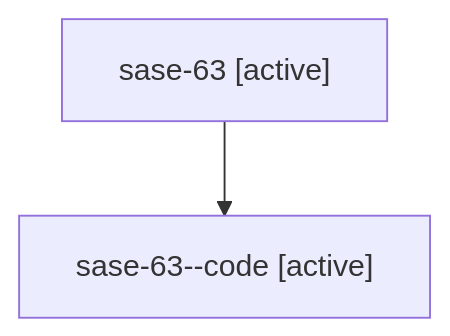
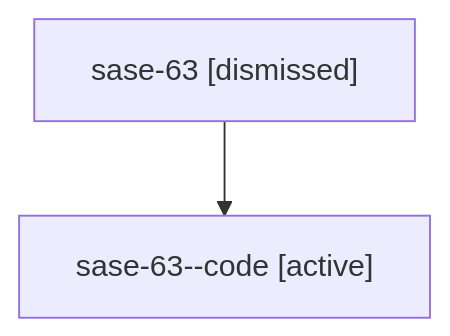
One commit to sase-org/sase--agents changed the diagram in sessions/bbugyi200.athena.sase-63.md. Above: the diagram before and after it, drawn with Mermaid. The commit also changed other lines of this file and 46 other files, not shown here.

````diff
--- a/sessions/bbugyi200.athena.sase-63.md
+++ b/sessions/bbugyi200.athena.sase-63.md
@@ -9,6 +9,6 @@
 ```mermaid
 flowchart TD
-  n0["sase-63 [active]"]
+  n0["sase-63 [dismissed]"]
   n1["sase-63--code [active]"]
   n0 --> n1
 ```
````
